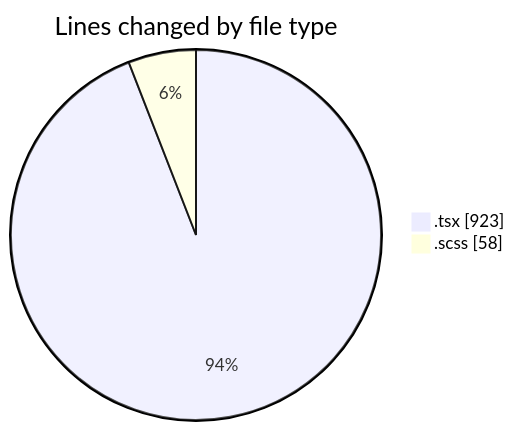
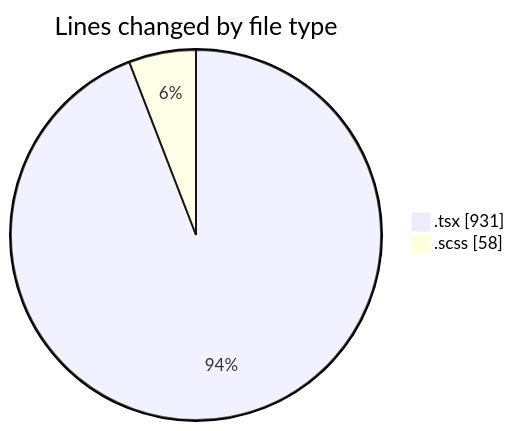
Before and after one commit to momahboobian/code-tracking: the first of 2 diagrams in 2026-10-05/cda/README.md, drawn with Mermaid. The commit also changed other lines of this file and 1 other file, not shown here.

````diff
--- a/2026-10-05/cda/README.md
+++ b/2026-10-05/cda/README.md
@@ -26,6 +26,6 @@
 ```mermaid
 pie showData
 title Lines changed by file type
-".tsx" : 923
+".tsx" : 931
 ".scss" : 58
 ```
````
